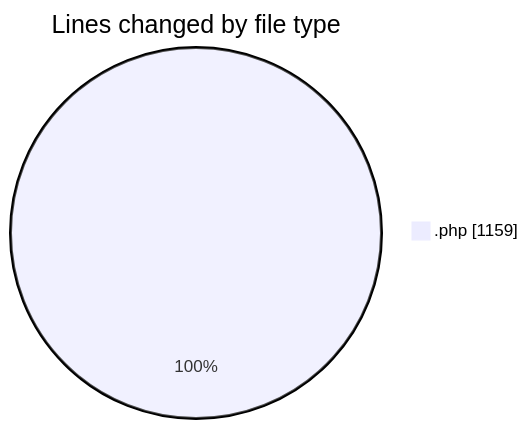
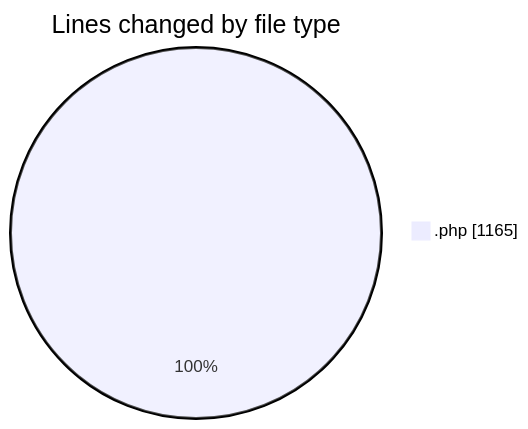
One commit to debugP/code-tracking changed the first of 2 diagrams in 2025-10-15/untitled__workspace_/README.md. Above: the diagram before and after it, drawn with Mermaid. The commit also changed other lines of this file and 1 other file, not shown here.

````diff
--- a/2025-10-15/untitled__workspace_/README.md
+++ b/2025-10-15/untitled__workspace_/README.md
@@ -20,5 +20,5 @@
 ```mermaid
 pie showData
 title Lines changed by file type
-".php" : 1159
+".php" : 1165
 ```
````
